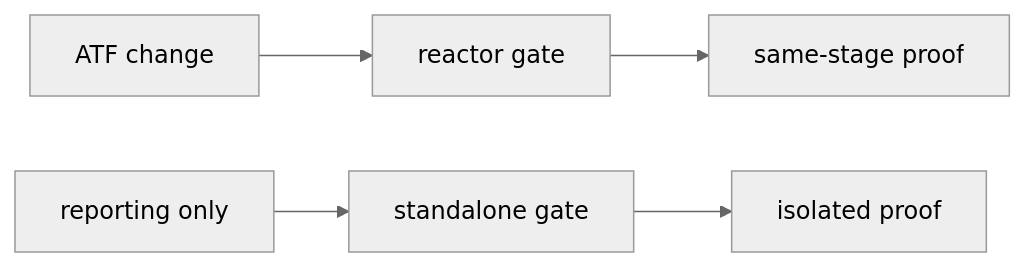
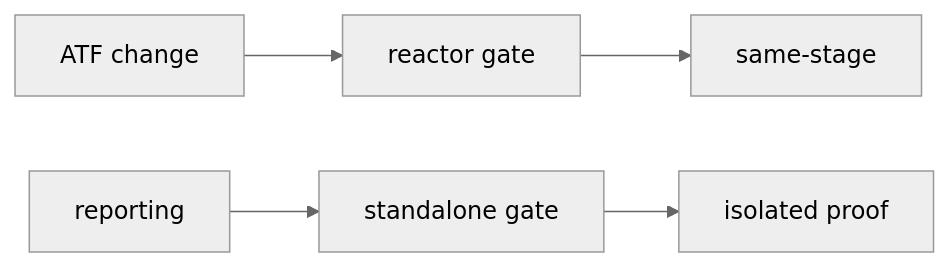
One commit to crististefanita/demo2 changed the fifth of 6 diagrams in docs/ATF_Build_And_Execution_Safety.md. Above: the diagram before and after it, drawn with Mermaid (neutral theme). The commit also changed other lines of this file and 36 other files, not shown here.

````diff
--- a/docs/ATF_Build_And_Execution_Safety.md
+++ b/docs/ATF_Build_And_Execution_Safety.md
@@ -169,7 +169,7 @@
 ```mermaid
 flowchart LR
     Changed["ATF change"] --> Reactor["reactor gate"]
-    Reactor --> SameSources["same-stage proof"]
-    Standalone["reporting only"] --> Isolated["standalone gate"]
+    Reactor --> SameSources["same-stage"]
+    Standalone["reporting"] --> Isolated["standalone gate"]
     Isolated --> IsolatedProof["isolated proof"]
 ```
````
